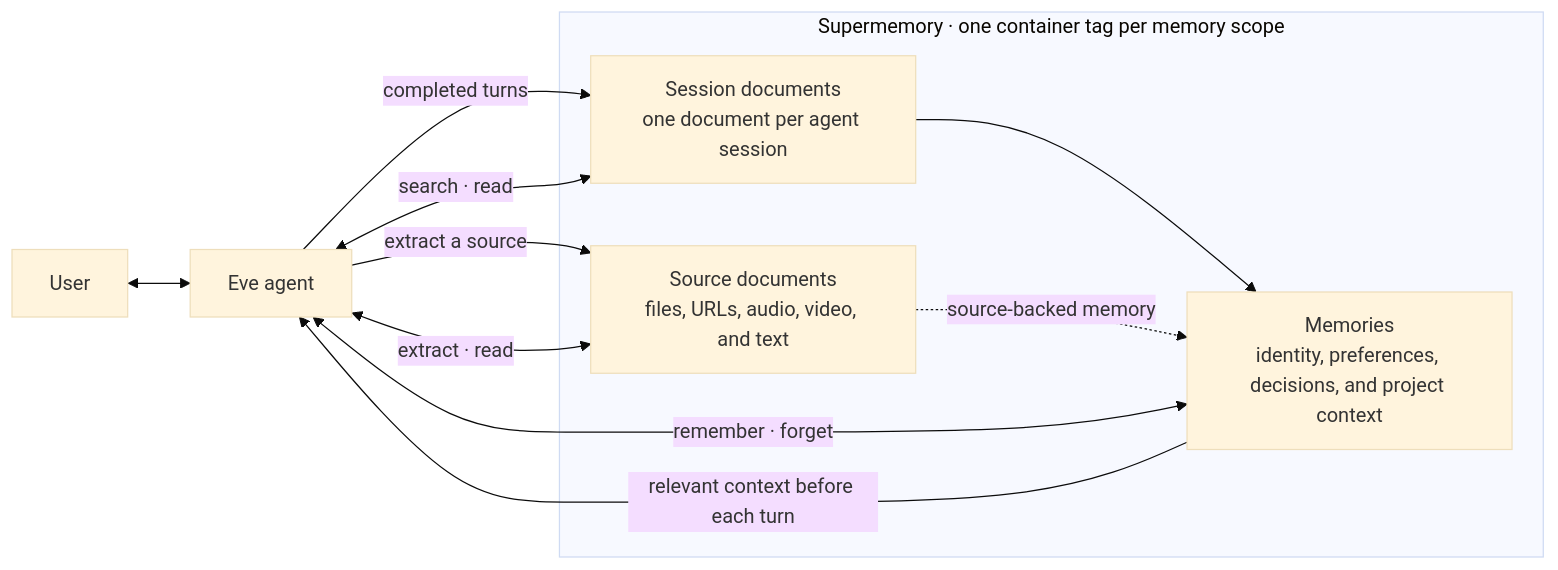
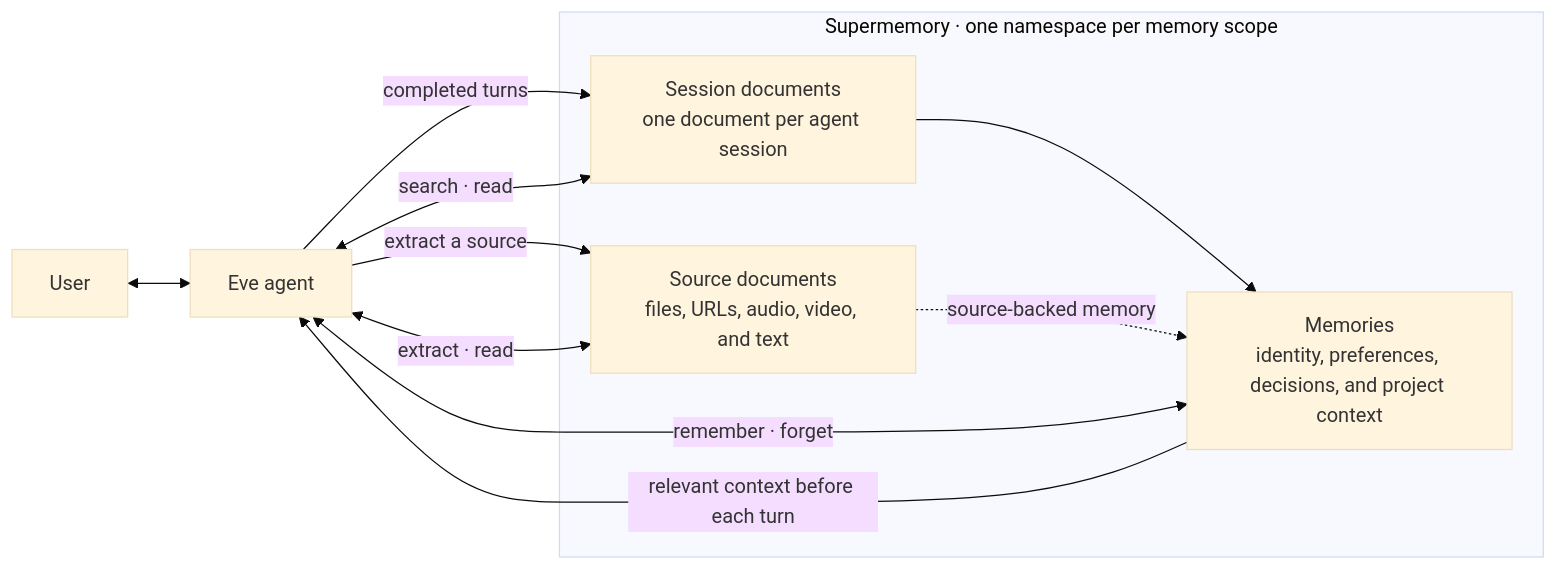
The diagram in README.md (supermemoryai/eve-supermemory), drawn with Mermaid (base theme) before and after one commit. The commit also changed other lines of this file and 18 other files, not shown here.

````diff
--- a/README.md
+++ b/README.md
@@ -67,19 +63,19 @@
 ```mermaid
 flowchart LR
   U[User] <--> E["Eve agent"]
 
-  subgraph SM["Supermemory · one container tag per memory scope"]
+  subgraph SM["Supermemory · one namespace per memory scope"]
     S["Session documents<br/>one document per agent session"]
     D["Source documents<br/>files, URLs, audio, video, and text"]
     M["Memories<br/>identity, preferences, decisions, and project context"]
     S --> M
     D -. source-backed memory .-> M
   end
 
   E -->|completed turns| S
   E -->|extract a source| D
   M -->|relevant context before each turn| E
   E <-->|search · read| S
   E <-->|extract · read| D
   E <-->|remember · forget| M
 ```
````
